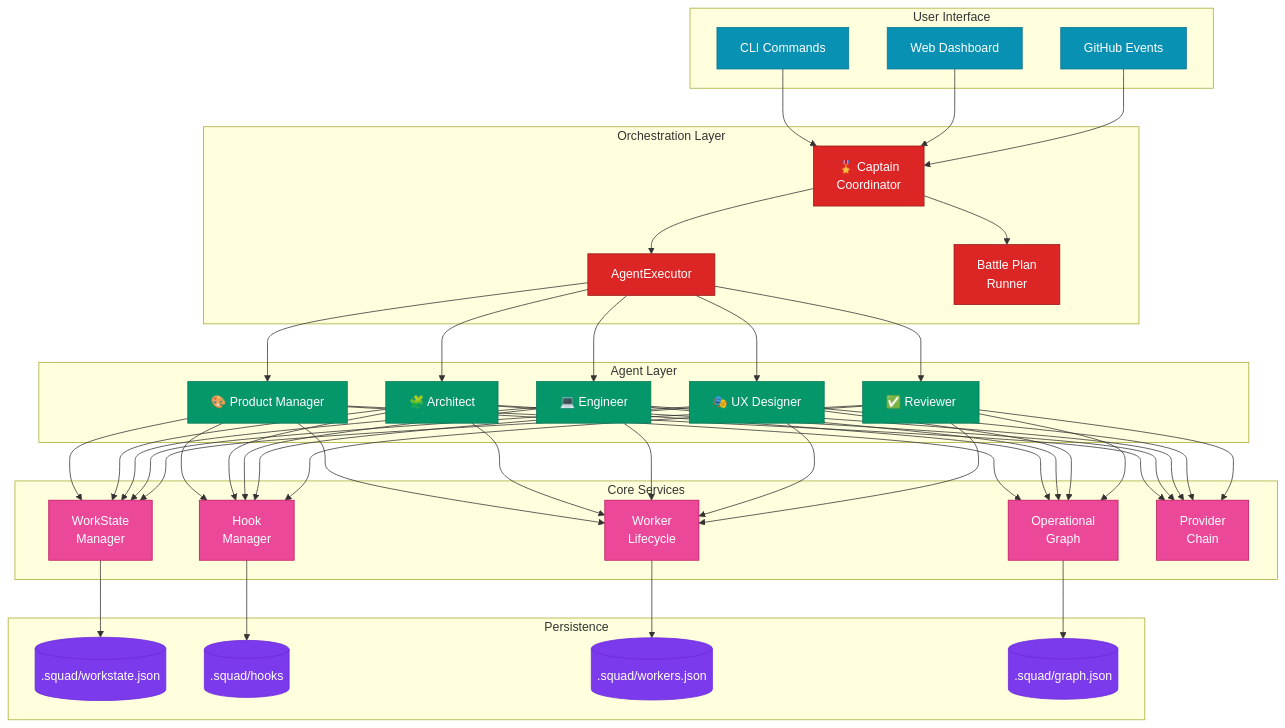
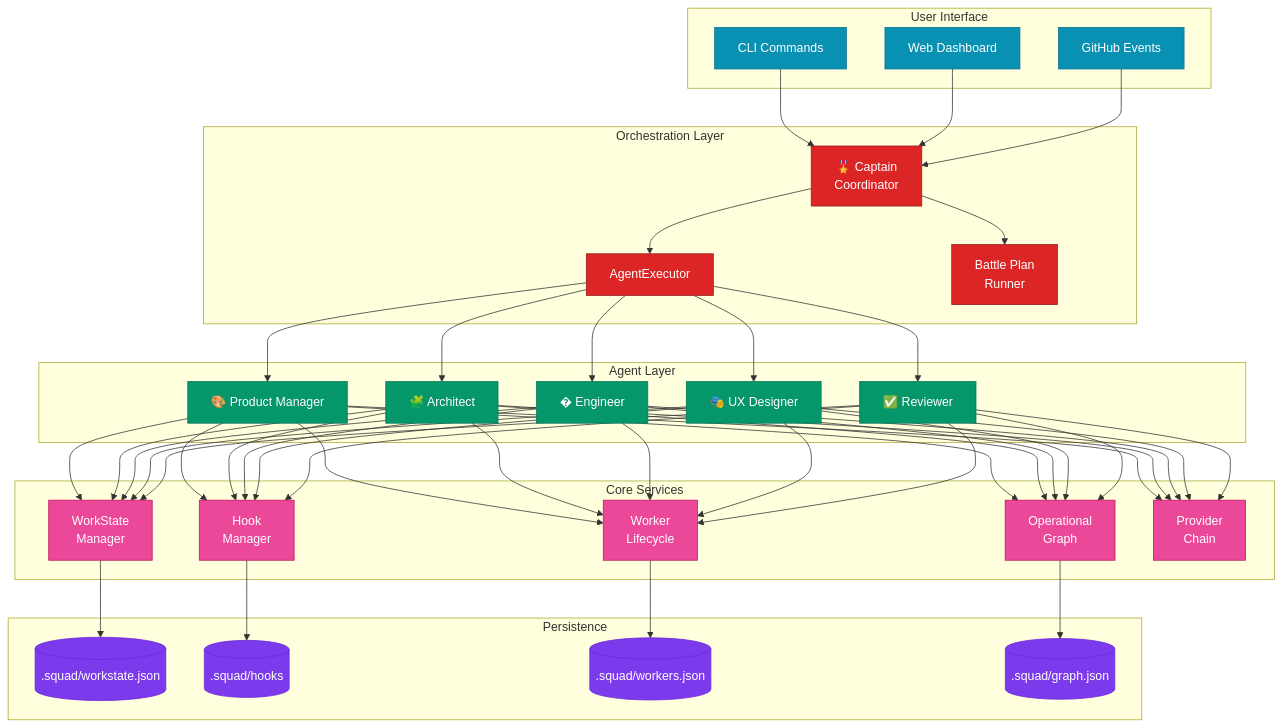
One commit to jnPiyush/AI-Squad changed the first of 4 diagrams in docs/architecture/ARCHITECTURE-DIAGRAMS.md. Above: the diagram before and after it, drawn with Mermaid. The commit also changed 5 other files, not shown here.

````diff
--- a/docs/architecture/ARCHITECTURE-DIAGRAMS.md
+++ b/docs/architecture/ARCHITECTURE-DIAGRAMS.md
@@ -18,68 +18,68 @@
 ```mermaid
 graph TB
     subgraph "User Interface"
         CLI[CLI Commands]
         Dashboard[Web Dashboard]
         GH[GitHub Events]
     end
     
     subgraph "Orchestration Layer"
         Captain[🎖️ Captain<br/>Coordinator]
         Executor[AgentExecutor]
         BPE[Battle Plan<br/>Runner]
     end
     
     subgraph "Agent Layer"
         PM[🎨 Product Manager]
         Arch[🧩 Architect]
-        Eng[💻 Engineer]
+        Eng[� Engineer]
         UX[🎭 UX Designer]
         Rev[✅ Reviewer]
     end
     
     subgraph "Core Services"
         WS[WorkState<br/>Manager]
         Hooks[Hook<br/>Manager]
         Workers[Worker<br/>Lifecycle]
         Graph[Operational<br/>Graph]
         Providers[Provider<br/>Chain]
     end
     
     subgraph "Persistence"
         State[(.squad/workstate.json)]
         HookStore[(.squad/hooks)]
         WorkerStore[(.squad/workers.json)]
         GraphStore[(.squad/graph.json)]
     end
     
     CLI --> Captain
     Dashboard --> Captain
     GH --> Captain
 
     Captain --> Executor
     Captain --> BPE
     Executor --> PM & Arch & Eng & UX & Rev
 
     PM & Arch & Eng & UX & Rev --> WS
     PM & Arch & Eng & UX & Rev --> Hooks
     PM & Arch & Eng & UX & Rev --> Workers
     PM & Arch & Eng & UX & Rev --> Graph
     PM & Arch & Eng & UX & Rev --> Providers
 
     WS --> State
     Hooks --> HookStore
     Workers --> WorkerStore
     Graph --> GraphStore
     
     classDef user fill:#0891b2,stroke:#0e7490,color:#fff
     classDef orch fill:#dc2626,stroke:#991b1b,color:#fff
     classDef agent fill:#059669,stroke:#047857,color:#fff
     classDef core fill:#ec4899,stroke:#be185d,color:#fff
     classDef persist fill:#7c3aed,stroke:#6d28d9,color:#fff
     
     class CLI,Dashboard,GH user
     class Captain,Executor,BPE orch
     class PM,Arch,Eng,UX,Rev agent
     class WS,Hooks,Workers,Graph,Providers core
     class State,HookStore,WorkerStore,GraphStore persist
 ```
````
